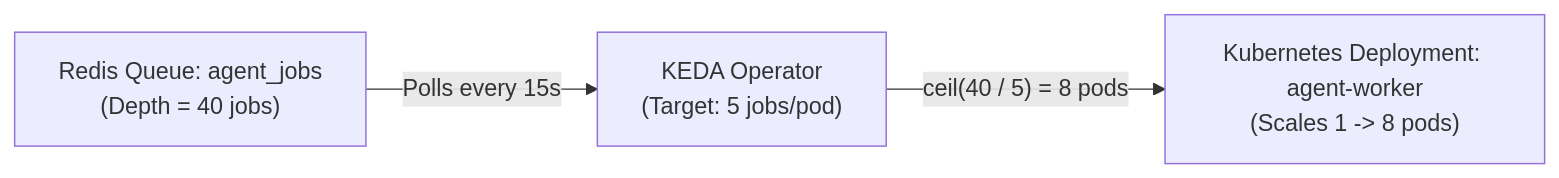
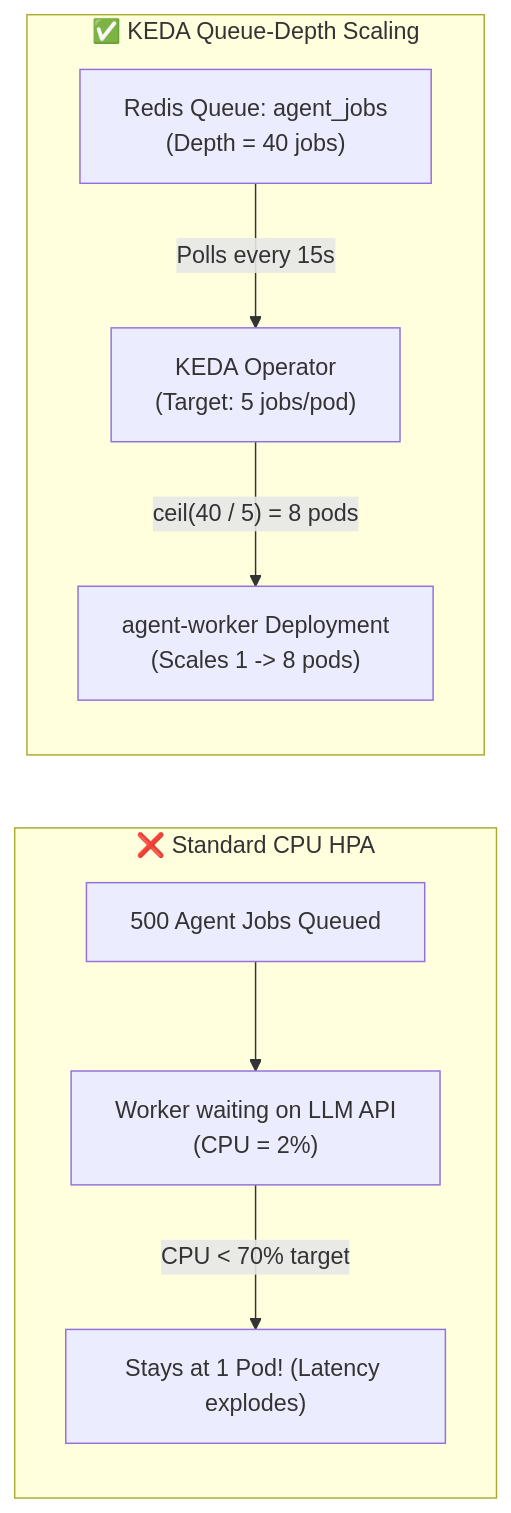
The diagram in Lecture 37 - Agent UIs K8s and KEDA Scaling/notes/05_Kubernetes_Pods_Queues_and_KEDA_Autoscaling.md (Amie-dev/FDE-and-GenAI-Mastery), drawn with Mermaid before and after one commit. The commit also changed other lines of this file and 92 other files, not shown here.

````diff
--- a/Lecture 37 - Agent UIs K8s and KEDA Scaling/notes/05_Kubernetes_Pods_Queues_and_KEDA_Autoscaling.md
+++ b/Lecture 37 - Agent UIs K8s and KEDA Scaling/notes/05_Kubernetes_Pods_Queues_and_KEDA_Autoscaling.md
@@ -28,5 +29,11 @@
 ```mermaid
 flowchart LR
-    Queue["Redis Queue: agent_jobs<br/>(Depth = 40 jobs)"] -->|"Polls every 15s"| KEDA["KEDA Operator<br/>(Target: 5 jobs/pod)"]
-    KEDA -->|"ceil(40 / 5) = 8 pods"| Dep["Kubernetes Deployment: agent-worker<br/>(Scales 1 -> 8 pods)"]
+    subgraph HPA["❌ Standard CPU HPA"]
+        Q1["500 Agent Jobs Queued"] --> W1["Worker waiting on LLM API<br/>(CPU = 2%)"]
+        W1 -->|"CPU < 70% target"| Stay["Stays at 1 Pod! (Latency explodes)"]
+    end
+    subgraph KEDA_Flow["✅ KEDA Queue-Depth Scaling"]
+        Q2["Redis Queue: agent_jobs<br/>(Depth = 40 jobs)"] -->|"Polls every 15s"| K["KEDA Operator<br/>(Target: 5 jobs/pod)"]
+        K -->|"ceil(40 / 5) = 8 pods"| Dep["agent-worker Deployment<br/>(Scales 1 -> 8 pods)"]
+    end
 ```
````
